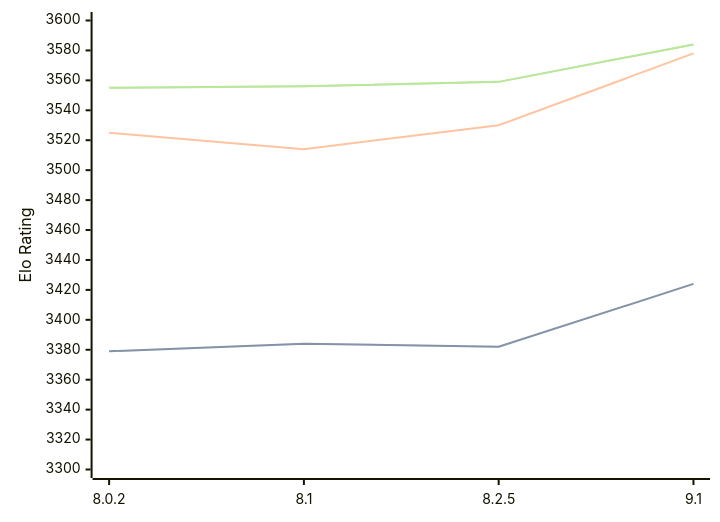
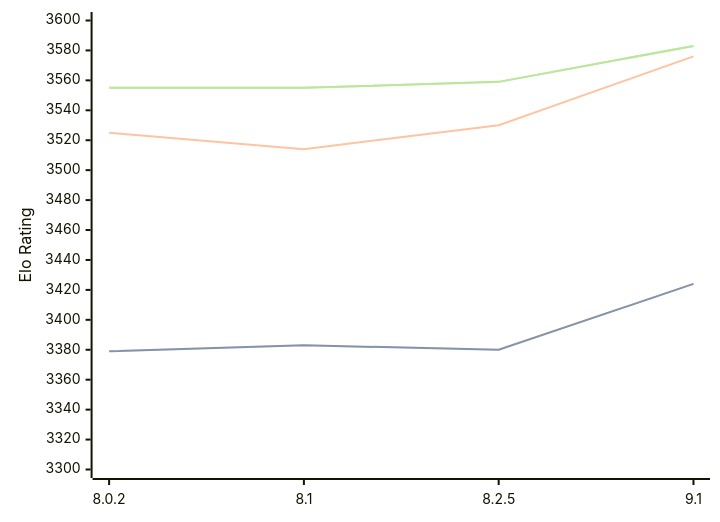
Before and after one commit to computer-chess-index/cci: the diagram in engines/Clover.md, drawn with Mermaid. The commit also changed other lines of this file, not shown here.

Commit message:
Update CCI Ratings (ELO VLTC) - 2026-03-06

````diff
--- a/engines/Clover.md
+++ b/engines/Clover.md
@@ -62,11 +62,11 @@
 ```mermaid
 %%{init: {"theme":"base","themeVariables":{"seriesColors:['#a3a3a3','#222221','#faa371']}}}%%
 xychart-beta
   x-axis ["8.0.2", "8.1", "8.2.5", "9.1"]
   y-axis "Elo Rating" 3300 --> 3600
-  line "STC (8.0+0.08s)" [3379, 3384, 3382, 3424]
-  line "STC (8.0+0.08s)" [3379, 3384, 3382, 3424]
-  line "LTC (60.0+0.60s)" [3525, 3514, 3530, 3578]
-  line "VLTC (2m24s+1.12s)" [3555, 3556, 3559, 3584]
-  line "VLTC (2m24s+1.12s)" [3555, 3556, 3559, 3584]
+  line "STC (8.0+0.08s)" [3379, 3383, 3380, 3424]
+  line "STC (8.0+0.08s)" [3379, 3383, 3380, 3424]
+  line "LTC (60.0+0.60s)" [3525, 3514, 3530, 3576]
+  line "VLTC (2m24s+1.12s)" [3555, 3555, 3559, 3583]
+  line "VLTC (2m24s+1.12s)" [3555, 3555, 3559, 3583]
 ```
````
